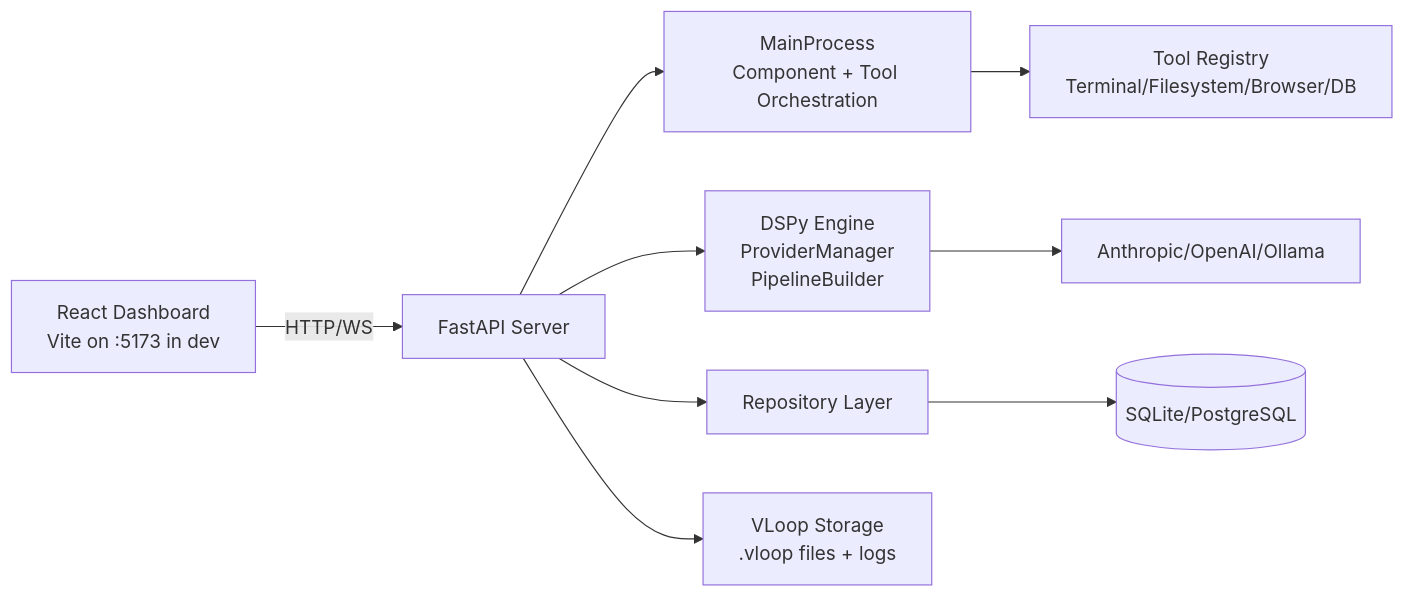
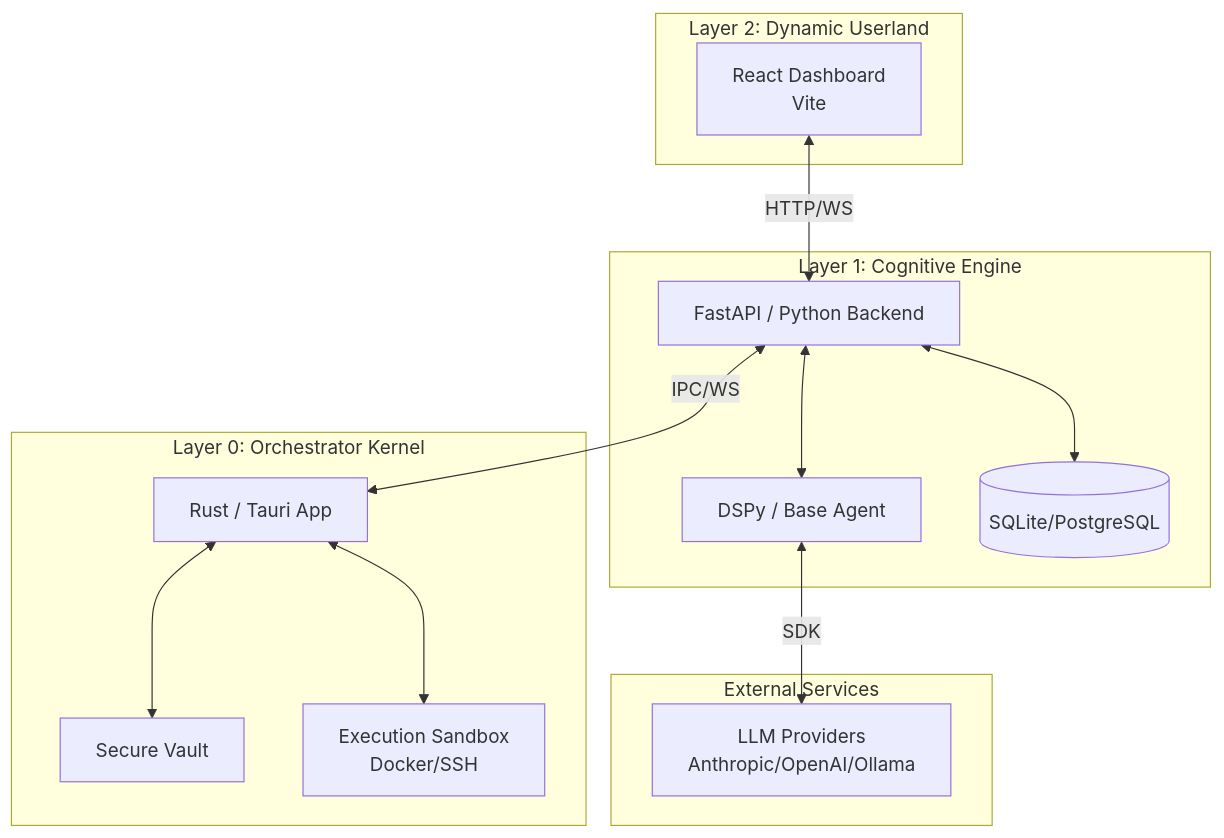
One commit to Psyborgs-git/Vloop-harness changed the diagram in README.md. Above: the diagram before and after it, drawn with Mermaid. The commit also changed other lines of this file and 49 other files, not shown here.

First line of the commit message:
chore(docs): Update documentation for 3-layer architecture and cleanup legacy code

````diff
--- a/README.md
+++ b/README.md
@@ -8,11 +28,33 @@
 ```mermaid
-flowchart LR
-  UI[React Dashboard\nVite on :5173 in dev] -->|HTTP/WS| API[FastAPI Server]
-  API --> MP[MainProcess\nComponent + Tool Orchestration]
-  API --> ENG[DSPy Engine\nProviderManager\nPipelineBuilder]
-  API --> REPO[Repository Layer]
-  REPO --> DB[(SQLite/PostgreSQL)]
-  MP --> TOOLS[Tool Registry\nTerminal/Filesystem/Browser/DB]
-  API --> VSTORE[VLoop Storage\n.vloop files + logs]
-  ENG --> LLM[Anthropic/OpenAI/Ollama]
+flowchart TD
+  subgraph Layer2 [Layer 2: Dynamic Userland]
+    UI[React Dashboard\nVite]
+  end
+
+  subgraph Layer1 [Layer 1: Cognitive Engine]
+    API[FastAPI / Python Backend]
+    ENG[DSPy / Base Agent]
+    DB[(SQLite/PostgreSQL)]
+  end
+
+  subgraph Layer0 [Layer 0: Orchestrator Kernel]
+    TAURI[Rust / Tauri App]
+    VAULT[Secure Vault]
+    SANDBOX[Execution Sandbox\nDocker/SSH]
+  end
+
+  subgraph External [External Services]
+    LLM[LLM Providers\nAnthropic/OpenAI/Ollama]
+  end
+
+  UI <-->|HTTP/WS| API
+  API <-->|IPC/WS| TAURI
+
+  API <--> ENG
+  API <--> DB
+
+  TAURI <--> VAULT
+  TAURI <--> SANDBOX
+
+  ENG <-->|SDK| LLM
 ```
````
